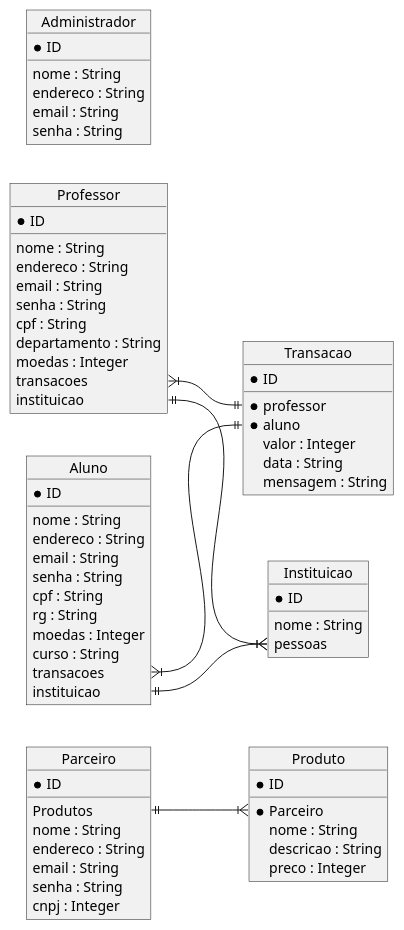
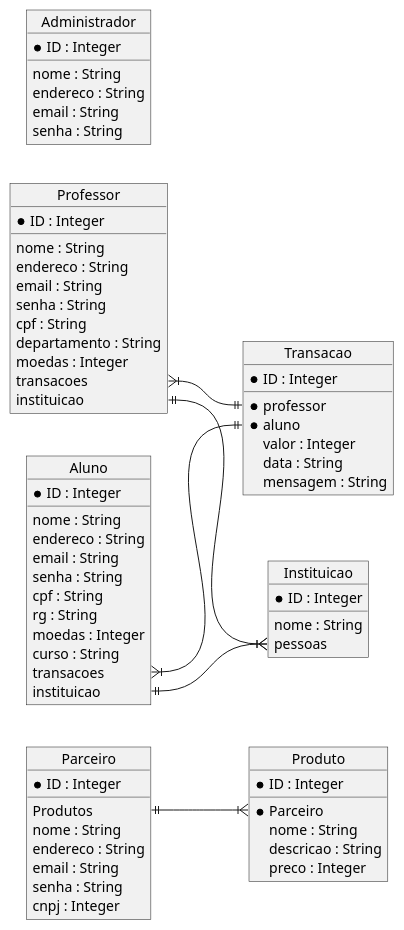
Before and after one commit to Lab-Desenvolvimento-Software/lab3-lds-m-1-2023-grupo3: the diagram in projeto/ER.wsd, drawn with PlantUML. The commit also changed 9 other files, not shown here.

```diff
--- a/projeto/ER.wsd
+++ b/projeto/ER.wsd
@@ -1,89 +1,89 @@
 @startuml
 left to right direction
 hide empty members
 
 object Parceiro {
-    * ID
+    * ID : Integer
     ____
     Produtos
     nome : String
     endereco : String
     email : String
     senha : String
     cnpj : Integer
 }
 
 object Produto {
-    * ID
+    * ID : Integer
     ___
     * Parceiro
     nome : String
     descricao : String
     preco : Integer
 }
 
 object Aluno {
-    * ID
+    * ID : Integer
     ___
     nome : String
     endereco : String
     email : String
     senha : String
     cpf : String
     rg : String
     moedas : Integer
     curso : String
     transacoes
     instituicao
 }
 
 object Professor {
-    * ID
+    * ID : Integer
     ___
     nome : String
     endereco : String
     email : String
     senha : String
     cpf : String
     departamento : String
     moedas : Integer
     transacoes
     instituicao
 }
 
 object Administrador {
-    * ID
+    * ID : Integer
     ___
     nome : String
     endereco : String
     email : String
     senha : String
 }
 
 object Instituicao {
-    * ID
+    * ID : Integer
     ___
     nome : String
     pessoas
 }
 
 object Transacao {
-    * ID
+    * ID : Integer
     ___
     * professor
     * aluno
     valor : Integer
     data : String
     mensagem : String
 }
 
 
 Parceiro::Produtos ||--|{ Produto::Parceiro
 
 Professor::transacoes }|--|| Transacao::professor
 Aluno::transacoes }|--|| Transacao::aluno
 
 Professor::instituicao ||--|{ Instituicao::pessoas
 Aluno::instituicao ||--|{ Instituicao::pessoas
 
 @enduml
```
